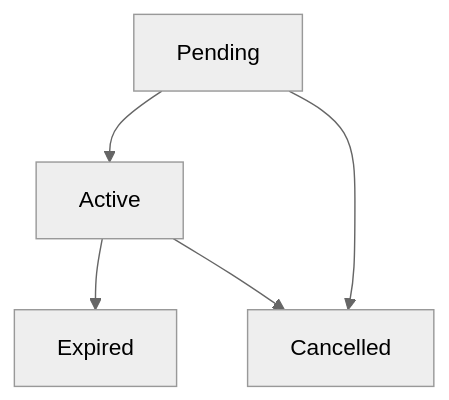
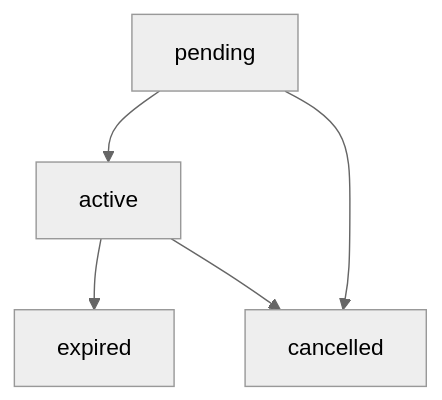
The second of 2 diagrams in docs/v2/STATE_MACHINE.md (wisam79/sair), drawn with Mermaid (neutral theme) before and after one commit. The commit also changed other lines of this file and 201 other files, not shown here.

````diff
--- a/docs/v2/STATE_MACHINE.md
+++ b/docs/v2/STATE_MACHINE.md
@@ -31,7 +49,7 @@
 ```mermaid
 graph TD;
-    Pending[Pending] --> Active[Active];
-    Pending --> Cancelled[Cancelled];
-    Active --> Expired[Expired];
-    Active --> Cancelled[Cancelled];
+    Pending[pending] --> Active[active];
+    Pending --> Cancelled[cancelled];
+    Active --> Expired[expired];
+    Active --> Cancelled[cancelled];
 ```
````
